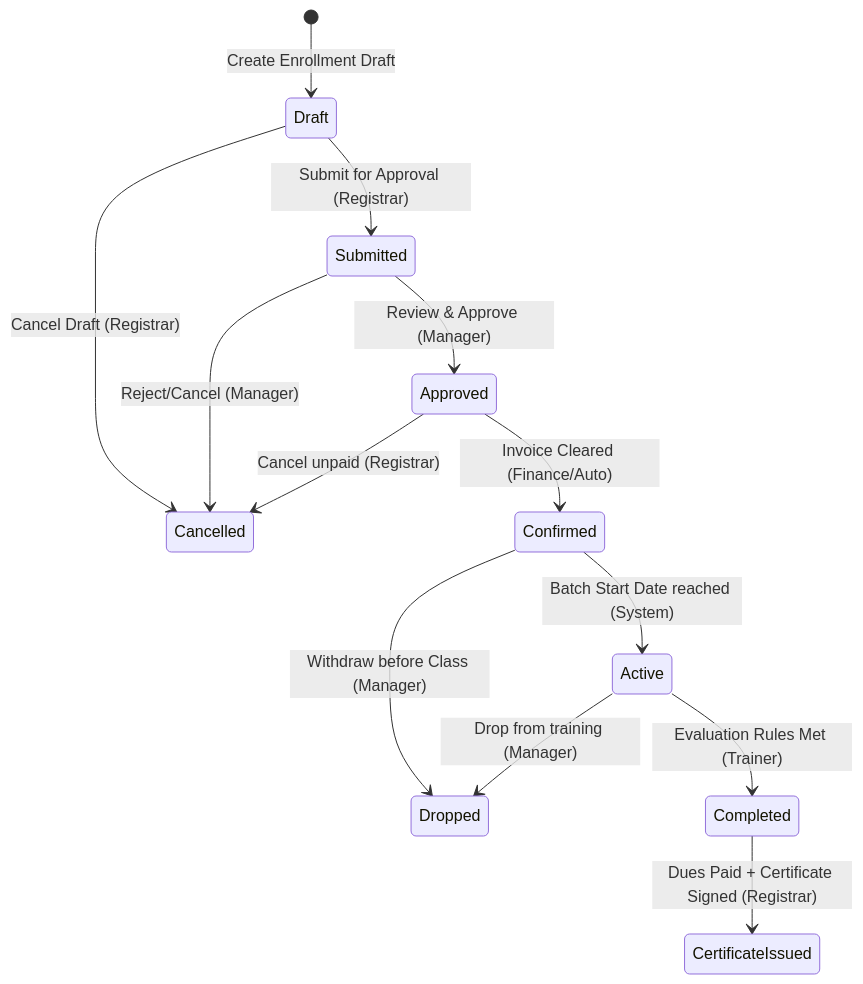
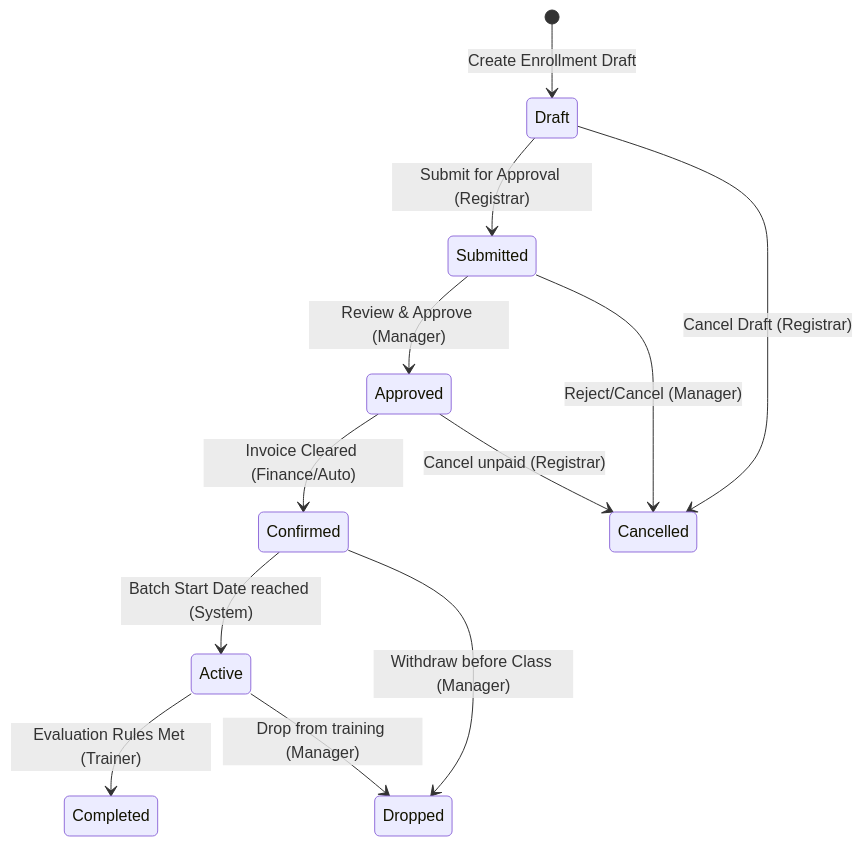
Before and after one commit to needuvazh/ims-v2: the second of 2 diagrams in docs/architecture/frd/Module 04: Admission & Enrollment Management/Part 2 – User Stories, Use Cases, Workflows, State Machines.md, drawn with Mermaid. The commit also changed other lines of this file and 128 other files, not shown here.

````diff
--- a/docs/architecture/frd/Module 04: Admission & Enrollment Management/Part 2 – User Stories, Use Cases, Workflows, State Machines.md
+++ b/docs/architecture/frd/Module 04: Admission & Enrollment Management/Part 2 – User Stories, Use Cases, Workflows, State Machines.md
@@ -277,20 +283,18 @@
 ```mermaid
 stateDiagram-v2
     [*] --> Draft : Create Enrollment Draft
     Draft --> Submitted : Submit for Approval (Registrar)
     Draft --> Cancelled : Cancel Draft (Registrar)
     
     Submitted --> Approved : Review & Approve (Manager)
     Submitted --> Cancelled : Reject/Cancel (Manager)
     
     Approved --> Confirmed : Invoice Cleared (Finance/Auto)
     Approved --> Cancelled : Cancel unpaid (Registrar)
     
     Confirmed --> Active : Batch Start Date reached (System)
     Confirmed --> Dropped : Withdraw before Class (Manager)
     
     Active --> Completed : Evaluation Rules Met (Trainer)
     Active --> Dropped : Drop from training (Manager)
-    
-    Completed --> CertificateIssued : Dues Paid + Certificate Signed (Registrar)
 ```
````
